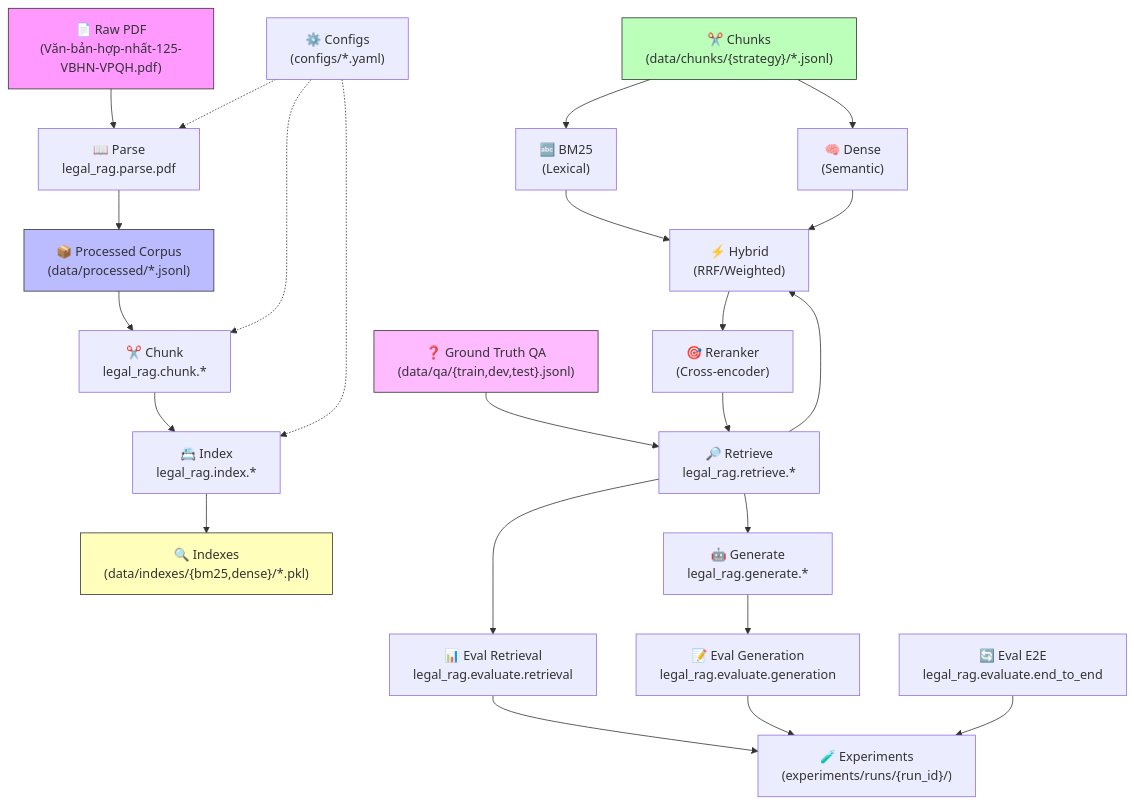
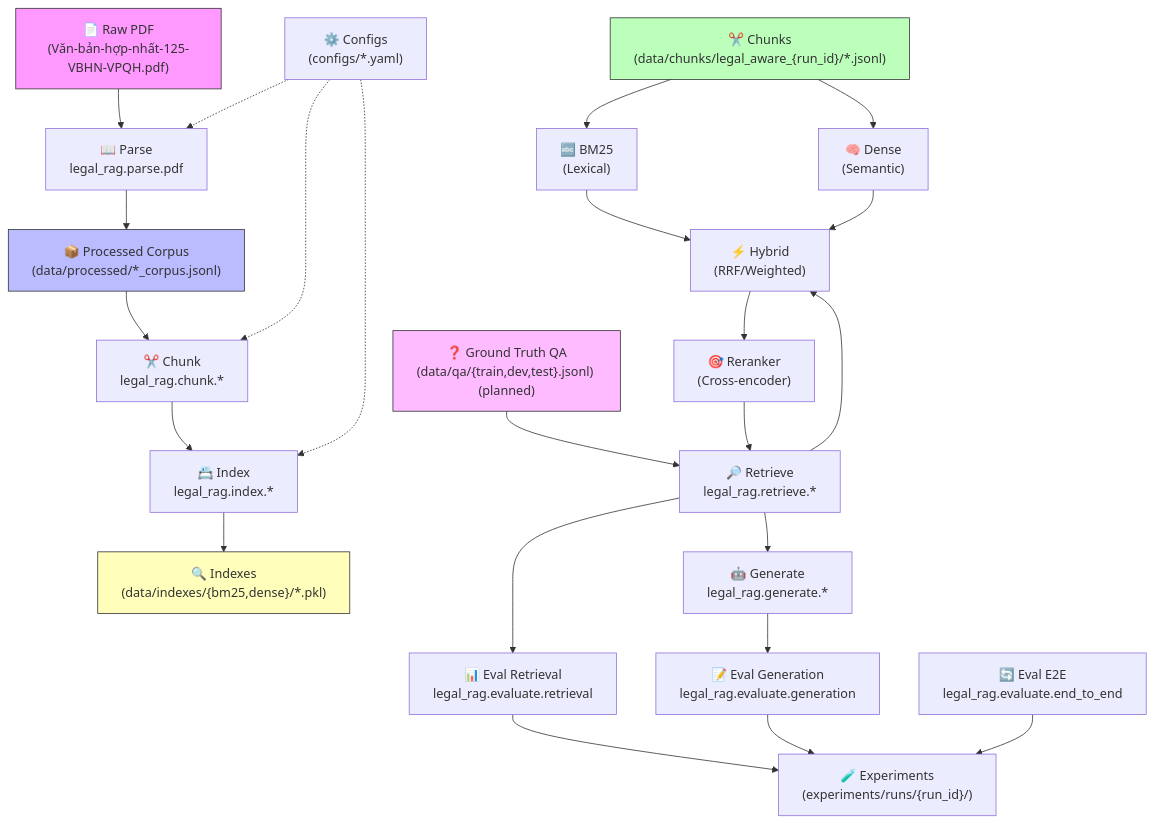
Before and after one commit to ngminhduc129/LegalRAG: the first of 5 diagrams in ARCHITECTURE.md, drawn with Mermaid. The commit also changed other lines of this file and 1 other file, not shown here.

Commit message:
docs: sync project docs with run-scoped pipeline reality

````diff
--- a/ARCHITECTURE.md
+++ b/ARCHITECTURE.md
@@ -5,68 +5,68 @@
 ```mermaid
 flowchart TD
     %% Data Layer
     RawPDF["📄 Raw PDF\n(Văn-bản-hợp-nhất-125-VBHN-VPQH.pdf)"]
-    Processed["📦 Processed Corpus\n(data/processed/*.jsonl)"]
-    Chunks["✂️ Chunks\n(data/chunks/{strategy}/*.jsonl)"]
+    Processed["📦 Processed Corpus\n(data/processed/*_corpus.jsonl)"]
+    Chunks["✂️ Chunks\n(data/chunks/legal_aware_{run_id}/*.jsonl)"]
     Indexes["🔍 Indexes\n(data/indexes/{bm25,dense}/*.pkl)"]
-    QA["❓ Ground Truth QA\n(data/qa/{train,dev,test}.jsonl)"]
+    QA["❓ Ground Truth QA\n(data/qa/{train,dev,test}.jsonl) (planned)"]
 
     %% Processing Pipeline
     Parse["📖 Parse\nlegal_rag.parse.pdf"]
     Chunk["✂️ Chunk\nlegal_rag.chunk.*"]
     Index["📇 Index\nlegal_rag.index.*"]
 
     %% Retrieval
     BM25["🔤 BM25\n(Lexical)"]
     Dense["🧠 Dense\n(Semantic)"]
     Hybrid["⚡ Hybrid\n(RRF/Weighted)"]
     Rerank["🎯 Reranker\n(Cross-encoder)"]
 
     %% Generation
     Retrieve["🔎 Retrieve\nlegal_rag.retrieve.*"]
     Generate["🤖 Generate\nlegal_rag.generate.*"]
 
     %% Evaluation
     EvalRet["📊 Eval Retrieval\nlegal_rag.evaluate.retrieval"]
     EvalGen["📝 Eval Generation\nlegal_rag.evaluate.generation"]
     EvalE2E["🔄 Eval E2E\nlegal_rag.evaluate.end_to_end"]
 
     %% Config
     Config["⚙️ Configs\n(configs/*.yaml)"]
 
     %% Experiment Tracking
     Exp["🧪 Experiments\n(experiments/runs/{run_id}/)"]
 
     %% Connections
     RawPDF --> Parse
     Parse --> Processed
     Processed --> Chunk
     Chunk --> Index
     Index --> Indexes
     
     Config -.-> Parse
     Config -.-> Chunk
     Config -.-> Index
 
     Chunks --> BM25
     Chunks --> Dense
     BM25 --> Hybrid
     Dense --> Hybrid
     Hybrid --> Rerank
 
     QA --> Retrieve
     Retrieve --> Hybrid
     Rerank --> Retrieve
     Retrieve --> Generate
     Generate --> EvalGen
     Retrieve --> EvalRet
     EvalRet --> Exp
     EvalGen --> Exp
     EvalE2E --> Exp
 
     style RawPDF fill:#f9f,stroke:#333
     style Processed fill:#bbf,stroke:#333
     style Chunks fill:#bfb,stroke:#333
     style Indexes fill:#ffb,stroke:#333
     style QA fill:#fbf,stroke:#333
 ```
````
